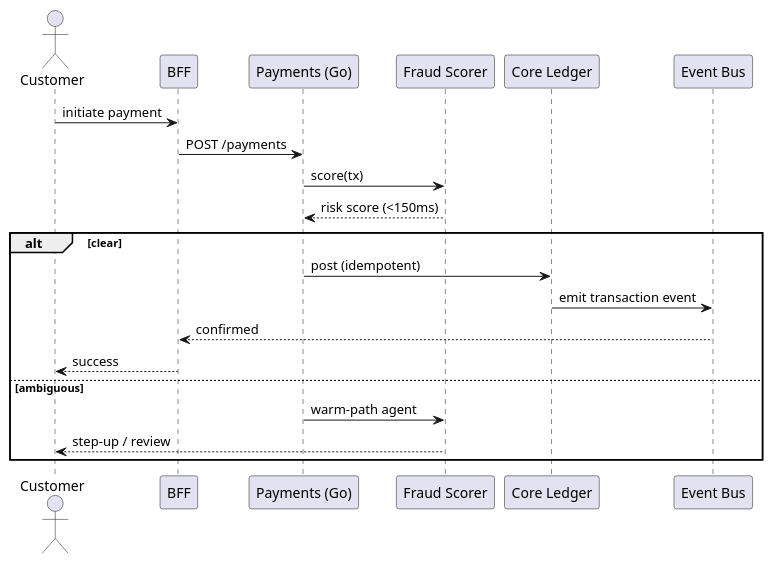
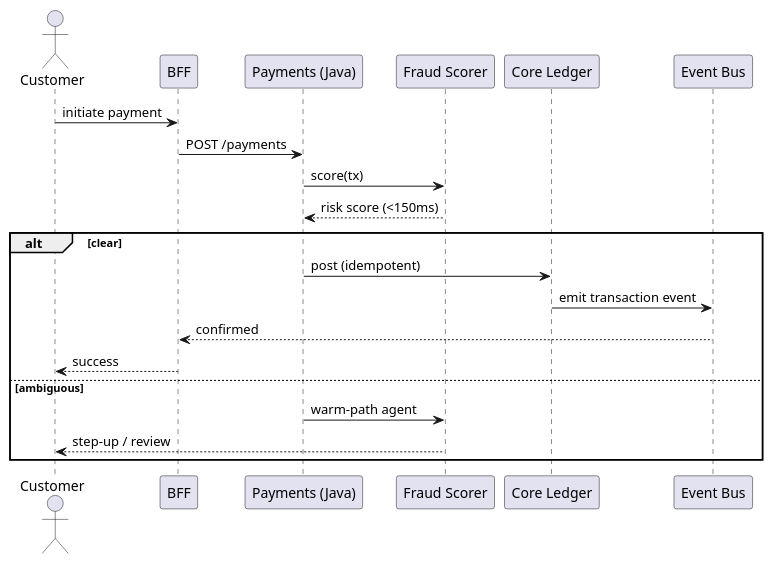
One commit to jsavinash/aegis-bank changed the diagram in aegis-documentation/04_engineering_and_code/02_low_level_design_and_patterns/diagrams/sequence_diagram.puml. Above: the diagram before and after it, drawn with PlantUML. The commit also changed 14 other files, not shown here.

```diff
--- a/aegis-documentation/04_engineering_and_code/02_low_level_design_and_patterns/diagrams/sequence_diagram.puml
+++ b/aegis-documentation/04_engineering_and_code/02_low_level_design_and_patterns/diagrams/sequence_diagram.puml
@@ -1,21 +1,21 @@
 @startuml
 actor Customer
 participant "BFF" as BFF
-participant "Payments (Go)" as Pay
+participant "Payments (Java)" as Pay
 participant "Fraud Scorer" as Fraud
 participant "Core Ledger" as Core
 participant "Event Bus" as Bus
 Customer -> BFF: initiate payment
 BFF -> Pay: POST /payments
 Pay -> Fraud: score(tx)
 Fraud --> Pay: risk score (<150ms)
 alt clear
   Pay -> Core: post (idempotent)
   Core -> Bus: emit transaction event
   Bus --> BFF: confirmed
   BFF --> Customer: success
 else ambiguous
   Pay -> Fraud: warm-path agent
   Fraud --> Customer: step-up / review
 end
 @enduml
```
